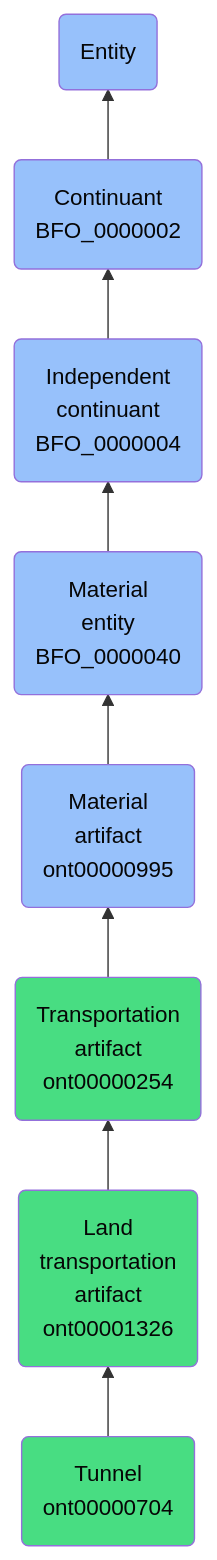
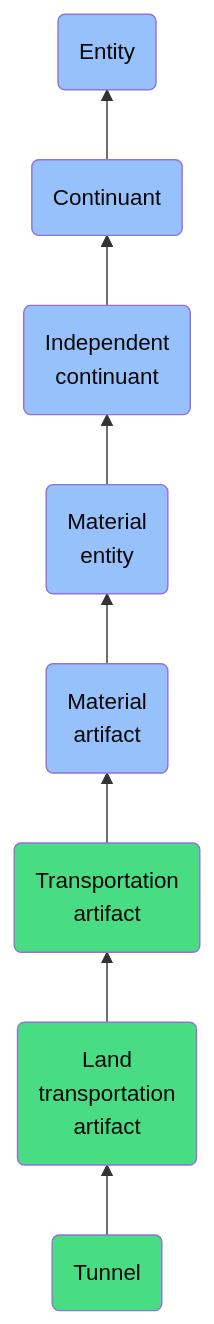
The diagram in docs/ontology/reference/model/Entity/Continuant/Independent continuant/Material entity/Material artifact/Transportation artifact/Land transportation artifact/Tunnel/Tunnel.md (jupyter-naas/abi), drawn with Mermaid before and after one commit. The commit also changed other lines of this file and 1430 other files, not shown here.

````diff
--- a/docs/ontology/reference/model/Entity/Continuant/Independent continuant/Material entity/Material artifact/Transportation artifact/Land transportation artifact/Tunnel/Tunnel.md
+++ b/docs/ontology/reference/model/Entity/Continuant/Independent continuant/Material entity/Material artifact/Transportation artifact/Land transportation artifact/Tunnel/Tunnel.md
@@ -24,15 +24,15 @@
 ```mermaid
 graph BT
-    ont00000704(Tunnel<br>ont00000704):::ABI-->ont00001326
-    ont00001326(Land<br>transportation<br>artifact<br>ont00001326):::ABI-->ont00000254
-    ont00000254(Transportation<br>artifact<br>ont00000254):::ABI-->ont00000995
-    ont00000995(Material<br>artifact<br>ont00000995):::BFO-->BFO_0000040
-    BFO_0000040(Material<br>entity<br>BFO_0000040):::BFO-->BFO_0000004
-    BFO_0000004(Independent<br>continuant<br>BFO_0000004):::BFO-->BFO_0000002
-    BFO_0000002(Continuant<br>BFO_0000002):::BFO-->BFO_0000001
+    ont00000704(Tunnel):::ABI-->ont00001326
+    ont00001326(Land<br>transportation<br>artifact):::ABI-->ont00000254
+    ont00000254(Transportation<br>artifact):::ABI-->ont00000995
+    ont00000995(Material<br>artifact):::BFO-->BFO_0000040
+    BFO_0000040(Material<br>entity):::BFO-->BFO_0000004
+    BFO_0000004(Independent<br>continuant):::BFO-->BFO_0000002
+    BFO_0000002(Continuant):::BFO-->BFO_0000001
     BFO_0000001(Entity):::BFO
     
     classDef BFO fill:#97c1fb,color:#060606
     classDef CCO fill:#e4c51e,color:#060606
     classDef ABI fill:#48DD82,color:#060606
 ```
````
